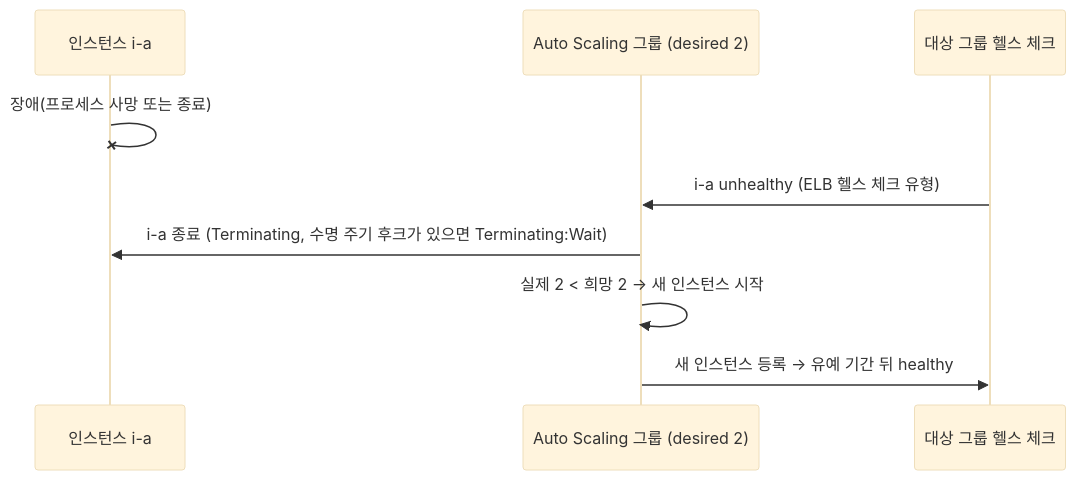
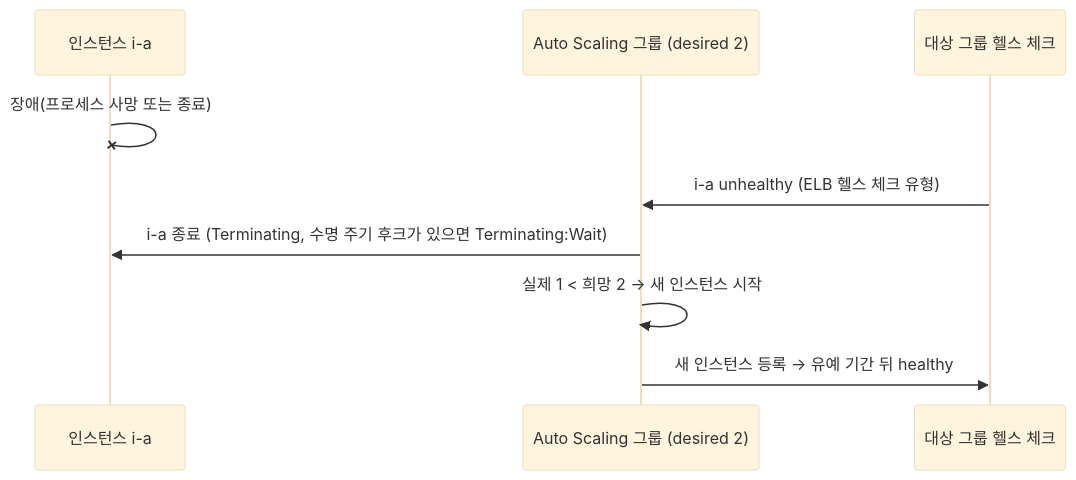
The second of 2 diagrams in curriculum/m03-compute-scaling/06-auto-scaling.md (Ring-wdr/aws-newbie-guide), drawn with Mermaid (base theme) before and after one commit. The commit also changed other lines of this file and 10 other files, not shown here.

Commit message:
fix(m03): 자가 치유 다이어그램·다중 연결 설명·gp3 처리량 답 수정, lab09 전용 ASG 이름 분리

````diff
--- a/curriculum/m03-compute-scaling/06-auto-scaling.md
+++ b/curriculum/m03-compute-scaling/06-auto-scaling.md
@@ -277,11 +277,11 @@
 ```mermaid
 sequenceDiagram
   participant EC2 as 인스턴스 i-a
   participant ASG as Auto Scaling 그룹 (desired 2)
   participant ELB as 대상 그룹 헬스 체크
   EC2-xEC2: 장애(프로세스 사망 또는 종료)
   ELB->>ASG: i-a unhealthy (ELB 헬스 체크 유형)
   ASG->>EC2: i-a 종료 (Terminating, 수명 주기 후크가 있으면 Terminating:Wait)
-  ASG->>ASG: 실제 2 < 희망 2 → 새 인스턴스 시작
+  ASG->>ASG: 실제 1 < 희망 2 → 새 인스턴스 시작
   ASG->>ELB: 새 인스턴스 등록 → 유예 기간 뒤 healthy
 ```
````
